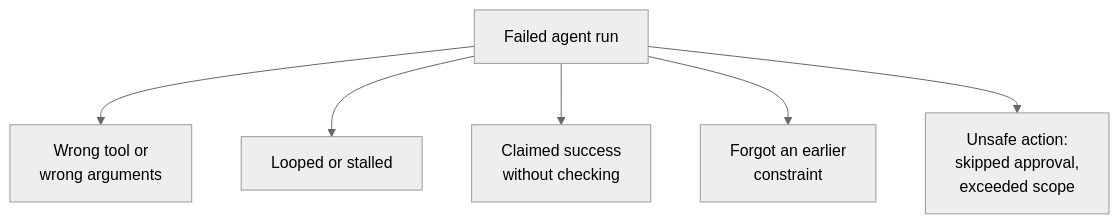
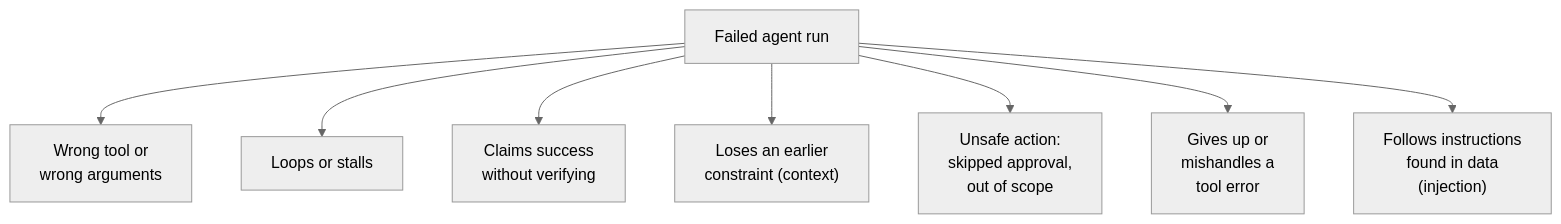
Before and after one commit to shubamchaudhary/CodeNITW: the third of 5 diagrams in src/Data/aiStackDocs/CH-09.md, drawn with Mermaid (neutral theme). The commit also changed other lines of this file and 5 other files, not shown here.

First line of the commit message:
AI Stack: evals section rewritten concept-first, with a mind map

````diff
--- a/src/Data/aiStackDocs/CH-09.md
+++ b/src/Data/aiStackDocs/CH-09.md
@@ -56,8 +75,10 @@
 ```mermaid
 flowchart TB
     F["Failed agent run"] --> A["Wrong tool or<br/>wrong arguments"]
-    F --> B["Looped or stalled"]
-    F --> C["Claimed success<br/>without checking"]
-    F --> D["Forgot an earlier<br/>constraint"]
-    F --> E["Unsafe action:<br/>skipped approval,<br/>exceeded scope"]
+    F --> B["Loops or stalls"]
+    F --> C["Claims success<br/>without verifying"]
+    F --> D["Loses an earlier<br/>constraint (context)"]
+    F --> E["Unsafe action:<br/>skipped approval,<br/>out of scope"]
+    F --> G["Gives up or<br/>mishandles a<br/>tool error"]
+    F --> H["Follows instructions<br/>found in data<br/>(injection)"]
 ```
````
